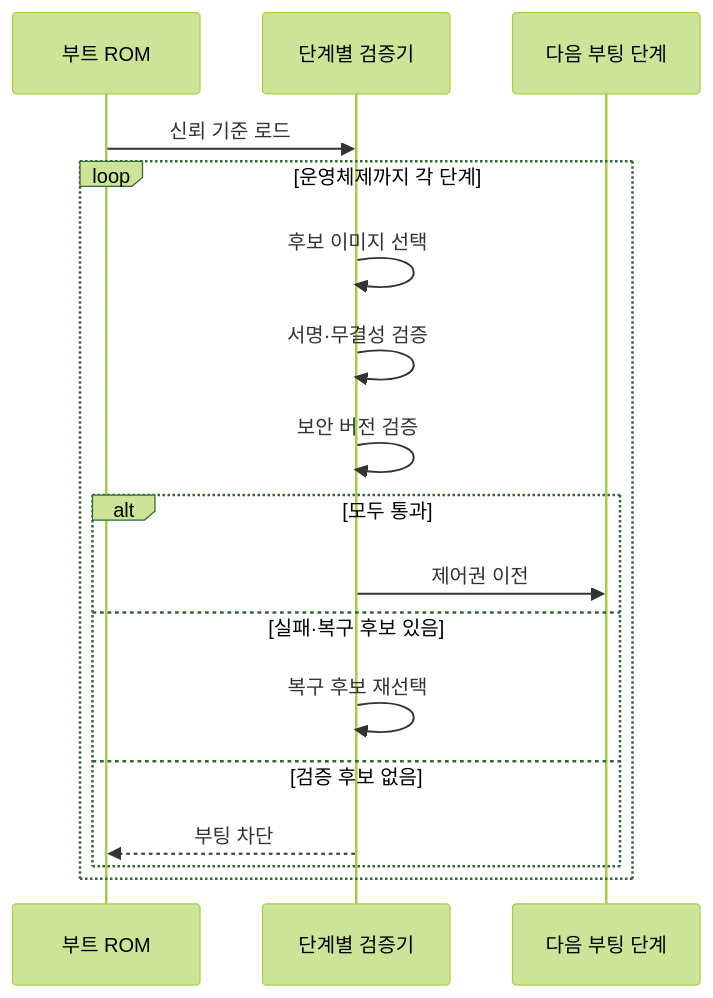
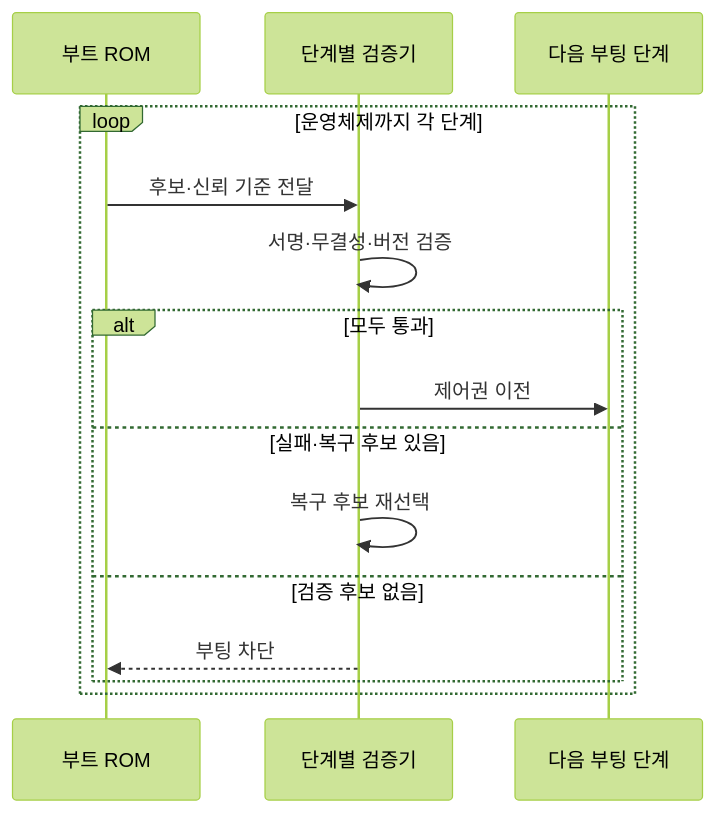
One commit to agnusdei1207/knowledge-base changed the second of 2 diagrams in src/content/docs/notes/02-hardware/068_secure_boot.md. Above: the diagram before and after it, drawn with Mermaid (forest theme). The commit also changed other lines of this file and 17 other files, not shown here.

````diff
--- a/src/content/docs/notes/02-hardware/068_secure_boot.md
+++ b/src/content/docs/notes/02-hardware/068_secure_boot.md
@@ -93,19 +93,17 @@
 ```mermaid
 sequenceDiagram
     participant R as 부트 ROM
     participant V as 단계별 검증기
     participant N as 다음 부팅 단계
-    R->>V: 신뢰 기준 로드
     loop 운영체제까지 각 단계
-        V->>V: 후보 이미지 선택
-        V->>V: 서명·무결성 검증
-        V->>V: 보안 버전 검증
+        R->>V: 후보·신뢰 기준 전달
+        V->>V: 서명·무결성·버전 검증
         alt 모두 통과
             V->>N: 제어권 이전
         else 실패·복구 후보 있음
             V->>V: 복구 후보 재선택
         else 검증 후보 없음
             V-->>R: 부팅 차단
         end
     end
 ```
````
